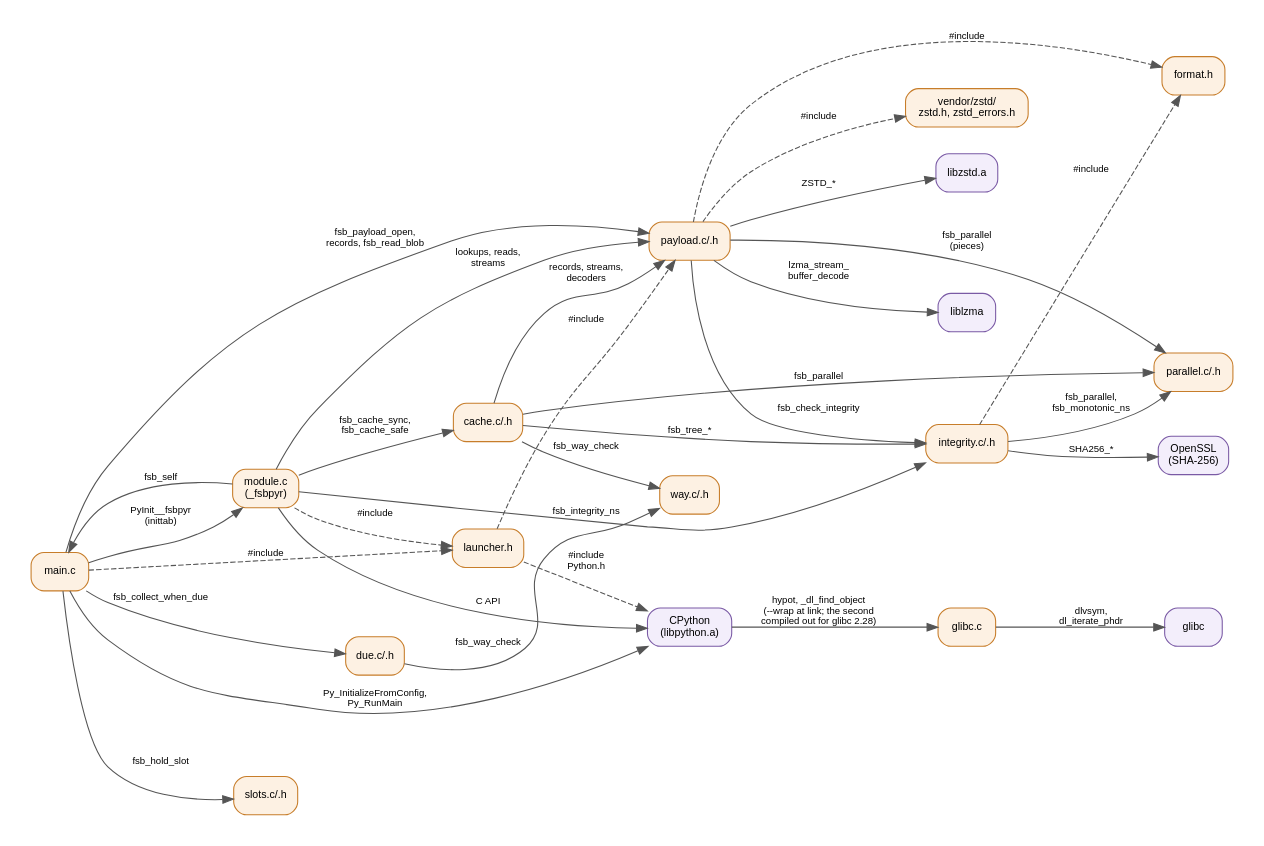
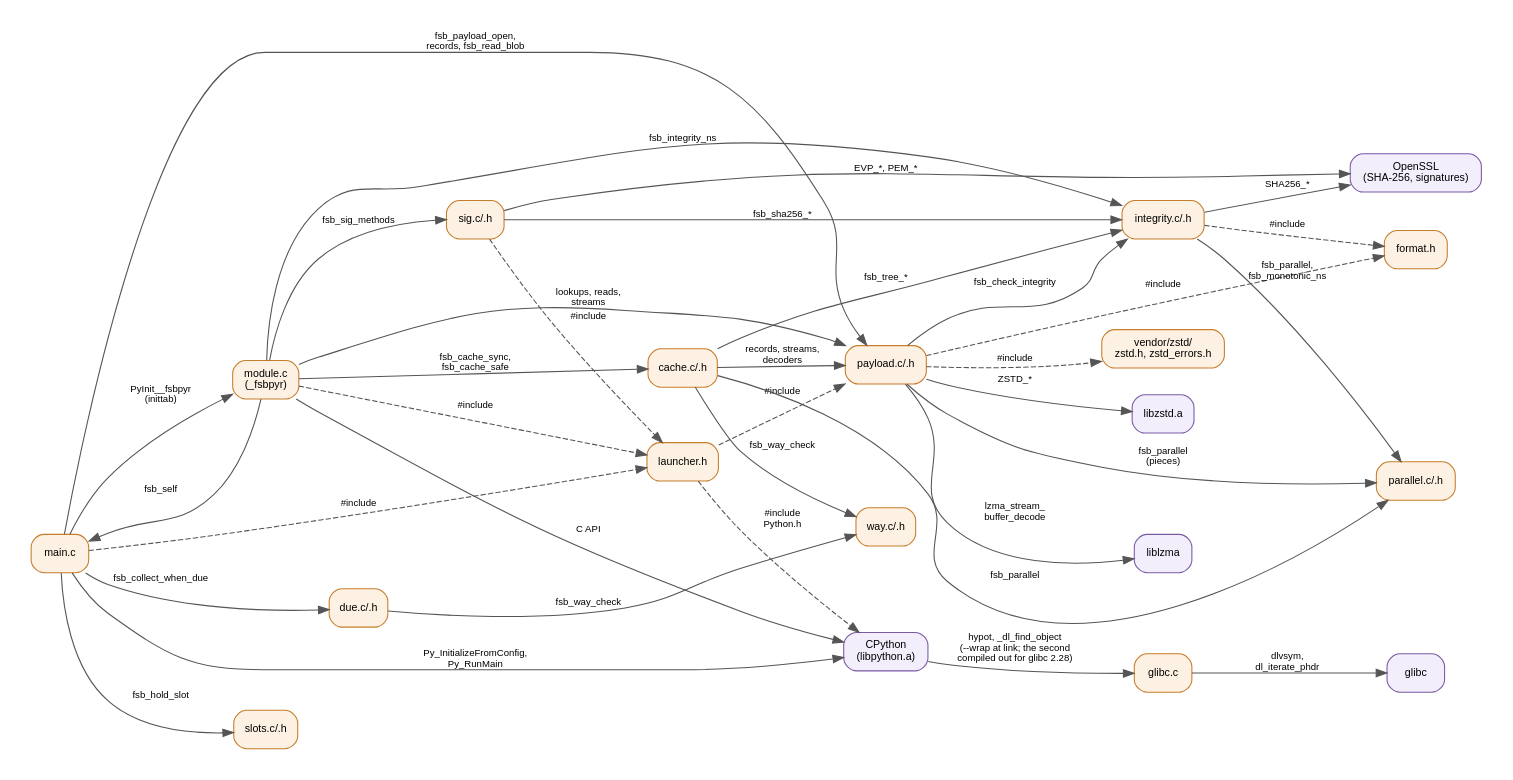
Before and after one commit to devitops-com/fsbpyr: the diagram in wiki/diagrams/launcher-files.dot, drawn with Graphviz. The commit also changed 40 other files, not shown here.

```diff
--- a/wiki/diagrams/launcher-files.dot
+++ b/wiki/diagrams/launcher-files.dot
@@ -1,70 +1,76 @@
 // Which launcher source calls which (solid) and which header includes or is included where no
 // call shows it (dashed), from the #include lines and the fsb_* calls of src/fsbpyr/launcher/*.c
-// at fsbpyr v0.27.0. A ".c/.h" node is a source file with its own header. Purple: libraries the
+// at fsbpyr v0.30.0. A ".c/.h" node is a source file with its own header. Purple: libraries the
 // stub links from python-build-standalone (and glibc, linked dynamically).
 digraph launcher_files {
   graph [fontname="Helvetica" fontsize=11 rankdir=LR bgcolor="white" pad=0.3 nodesep=0.35 ranksep=0.5];
   node [fontname="Helvetica" fontsize=10 shape=box style="rounded,filled" fillcolor="#eef3fb" color="#4a6fa5"];
   edge [fontname="Helvetica" fontsize=9 color="#555555"];
 
   node [fillcolor="#fdf1e3" color="#c77d2a"];
   main      [label="main.c"];
   module    [label="module.c\n(_fsbpyr)"];
   launcher  [label="launcher.h"];
   payload   [label="payload.c/.h"];
   integrity [label="integrity.c/.h"];
   parallel  [label="parallel.c/.h"];
   cache     [label="cache.c/.h"];
   way       [label="way.c/.h"];
   due       [label="due.c/.h"];
   slots     [label="slots.c/.h"];
+  sig       [label="sig.c/.h"];
   glibc_c   [label="glibc.c"];
   format    [label="format.h"];
   zstd_h    [label="vendor/zstd/\nzstd.h, zstd_errors.h"];
 
   node [fillcolor="#f3eefb" color="#7a5aa5"];
   cpython   [label="CPython\n(libpython.a)"];
   libzstd   [label="libzstd.a"];
   liblzma   [label="liblzma"];
-  openssl   [label="OpenSSL\n(SHA-256)"];
+  openssl   [label="OpenSSL\n(SHA-256, signatures)"];
   glibc     [label="glibc"];
 
   main -> payload   [label="fsb_payload_open,\nrecords, fsb_read_blob"];
   main -> slots     [label="fsb_hold_slot"];
   main -> due       [label="fsb_collect_when_due"];
   main -> module    [label="PyInit__fsbpyr\n(inittab)"];
   main -> cpython   [label="Py_InitializeFromConfig,\nPy_RunMain"];
 
   module -> main      [label="fsb_self"];
   module -> payload   [label="lookups, reads,\nstreams"];
   module -> cache     [label="fsb_cache_sync,\nfsb_cache_safe"];
   module -> integrity [label="fsb_integrity_ns"];
+  module -> sig       [label="fsb_sig_methods"];
   module -> cpython   [label="C API"];
 
   payload -> integrity [label="fsb_check_integrity"];
   payload -> parallel  [label="fsb_parallel\n(pieces)"];
   payload -> libzstd   [label="ZSTD_*"];
   payload -> liblzma   [label="lzma_stream_\nbuffer_decode"];
 
   integrity -> parallel [label="fsb_parallel,\nfsb_monotonic_ns"];
   integrity -> openssl  [label="SHA256_*"];
+
+  sig -> integrity [label="fsb_sha256_*"];
+  sig -> openssl   [label="EVP_*, PEM_*"];
 
   cache -> payload   [label="records, streams,\ndecoders"];
   cache -> integrity [label="fsb_tree_*"];
   cache -> parallel  [label="fsb_parallel"];
   cache -> way       [label="fsb_way_check"];
 
   due -> way [label="fsb_way_check"];
 
   cpython -> glibc_c [label="hypot, _dl_find_object\n(--wrap at link; the second\ncompiled out for glibc 2.28)"];
   glibc_c -> glibc   [label="dlvsym,\ndl_iterate_phdr"];
 
   edge [style=dashed label="#include"];
   main -> launcher;
   module -> launcher;
+  sig -> launcher;
   launcher -> payload;
   launcher -> cpython [label="#include\nPython.h"];
   payload -> format;
   integrity -> format;
   payload -> zstd_h;
 }
```
